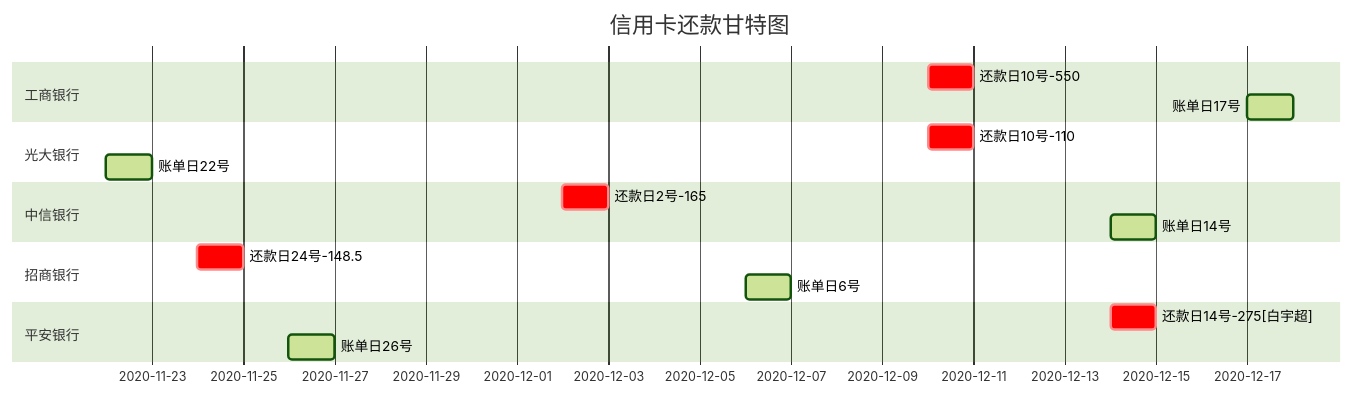
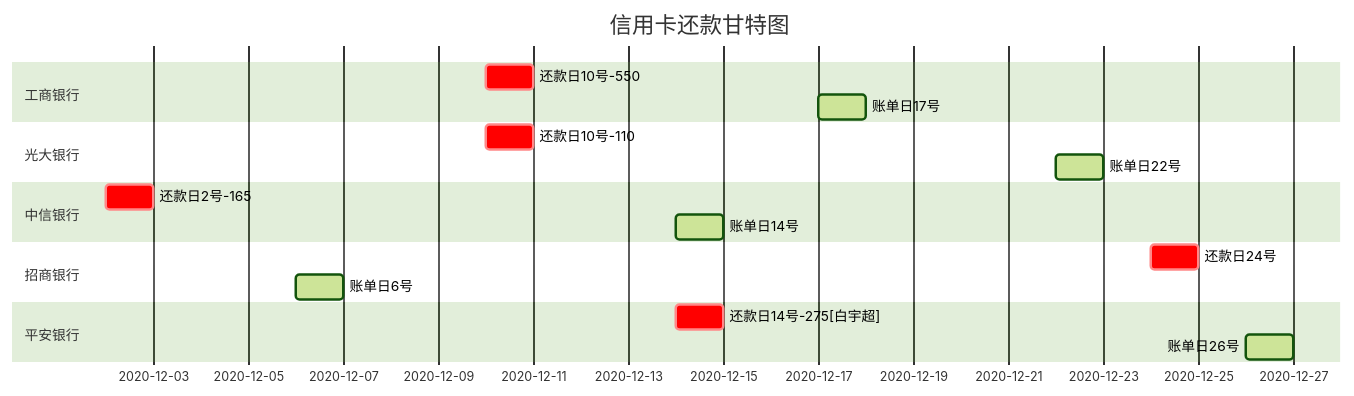
One commit to zhensolid/vscode_study changed the diagram in 信用.md. Above: the diagram before and after it, drawn with Mermaid (forest theme). The commit also changed 1 other file, not shown here.

Commit message:
更新

````diff
--- a/信用.md
+++ b/信用.md
@@ -1,20 +1,20 @@
 ```mermaid
 gantt
 dateFormat YYYY-MM-DD
 title 信用卡还款甘特图
 section 工商银行
 还款日10号-550: crit, 2020-12-10 ,1d
 账单日17号: active, 2020-12-17 ,1d
 section 光大银行
 还款日10号-110: crit, 2020-12-10 ,1d
-账单日22号: active, 2020-11-22 ,1d
+账单日22号: active, 2020-12-22 ,1d
 section 中信银行
 还款日2号-165: crit, 2020-12-02 ,1d
 账单日14号: active, 2020-12-14 ,1d
 section 招商银行
-还款日24号-148.5: crit, 2020-11-24 ,1d
+还款日24号: crit, 2020-12-24 ,1d
 账单日6号: active, 2020-12-06 ,1d
 section 平安银行
 还款日14号-275[白宇超]: crit, 2020-12-14 ,1d
-账单日26号: active, 2020-11-26 ,1d
+账单日26号: active, 2020-12-26 ,1d
 ```
````
